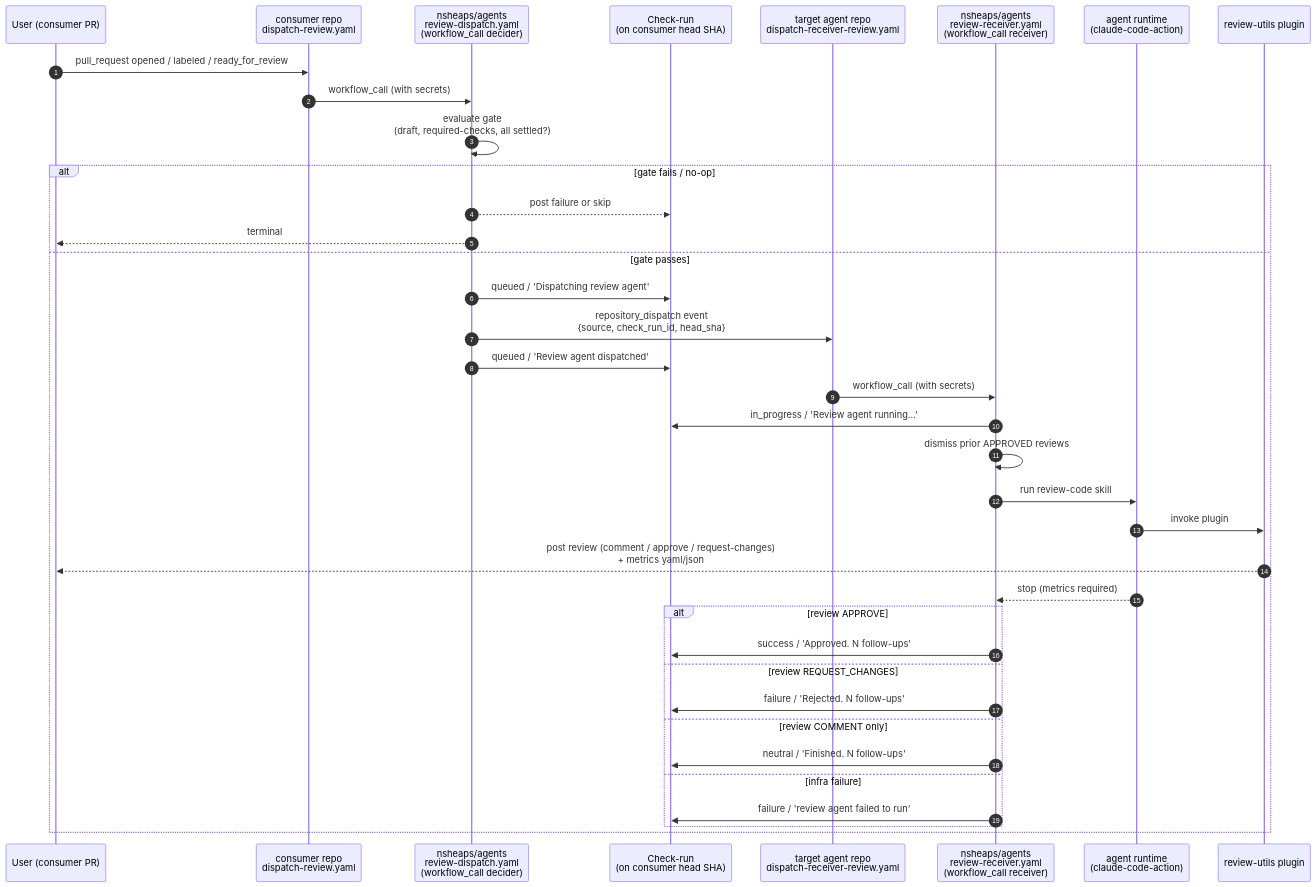
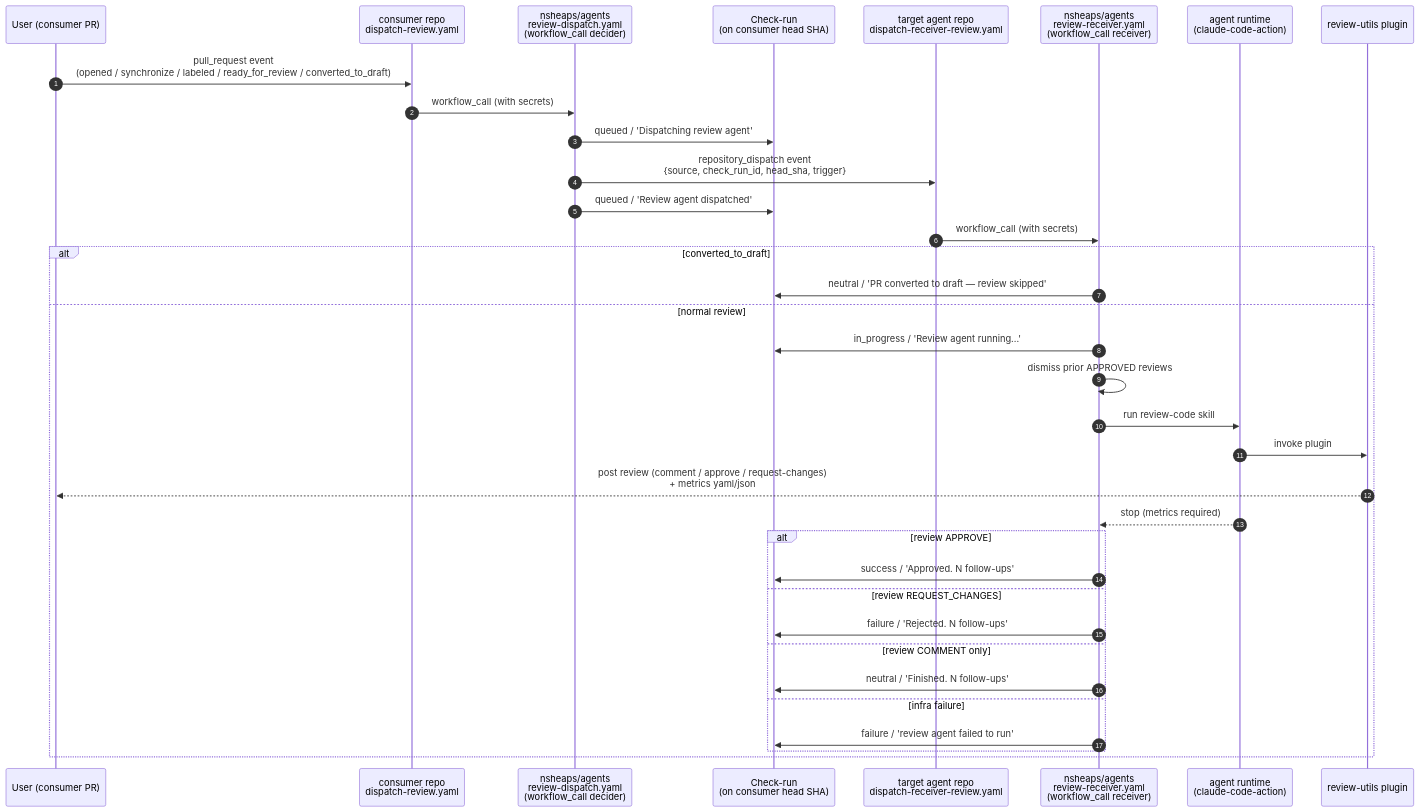
One commit to nsheaps/agents changed the third of 4 diagrams in plugins/claude-code/review-utils/specs/review-dispatch.md. Above: the diagram before and after it, drawn with Mermaid. The commit also changed other lines of this file, not shown here.

First line of the commit message:
docs(spec): rewrite review-dispatch.md for 2026-05-23 redesign (#366)

````diff
--- a/plugins/claude-code/review-utils/specs/review-dispatch.md
+++ b/plugins/claude-code/review-utils/specs/review-dispatch.md
@@ -219,42 +189,40 @@
 ```mermaid
 sequenceDiagram
     autonumber
     participant U as User (consumer PR)
     participant CR as consumer repo<br/>dispatch-review.yaml
     participant SD as nsheaps/agents<br/>review-dispatch.yaml<br/>(workflow_call decider)
     participant CK as Check-run<br/>(on consumer head SHA)
     participant TR as target agent repo<br/>dispatch-receiver-review.yaml
     participant SR as nsheaps/agents<br/>review-receiver.yaml<br/>(workflow_call receiver)
     participant AG as agent runtime<br/>(claude-code-action)
     participant RV as review-utils plugin
 
-    U->>CR: pull_request opened / labeled / ready_for_review
+    U->>CR: pull_request event<br/>(opened / synchronize / labeled / ready_for_review / converted_to_draft)
     CR->>SD: workflow_call (with secrets)
-    SD->>SD: evaluate gate<br/>(draft, required-checks, all settled?)
+    SD->>CK: queued / 'Dispatching review agent'
+    SD->>TR: repository_dispatch event<br/>{source, check_run_id, head_sha, trigger}
+    SD->>CK: queued / 'Review agent dispatched'
+    TR->>SR: workflow_call (with secrets)
 
-    alt gate fails / no-op
-        SD-->>CK: post failure or skip
-        SD-->>U: terminal
-    else gate passes
-        SD->>CK: queued / 'Dispatching review agent'
-        SD->>TR: repository_dispatch event<br/>{source, check_run_id, head_sha}
-        SD->>CK: queued / 'Review agent dispatched'
-        TR->>SR: workflow_call (with secrets)
+    alt converted_to_draft
+        SR->>CK: neutral / 'PR converted to draft — review skipped'
+    else normal review
         SR->>CK: in_progress / 'Review agent running...'
         SR->>SR: dismiss prior APPROVED reviews
         SR->>AG: run review-code skill
         AG->>RV: invoke plugin
         RV-->>U: post review (comment / approve / request-changes)<br/>+ metrics yaml/json
         AG-->>SR: stop (metrics required)
 
         alt review APPROVE
             SR->>CK: success / 'Approved. N follow-ups'
         else review REQUEST_CHANGES
             SR->>CK: failure / 'Rejected. N follow-ups'
         else review COMMENT only
             SR->>CK: neutral / 'Finished. N follow-ups'
         else infra failure
             SR->>CK: failure / 'review agent failed to run'
         end
     end
 ```
````
